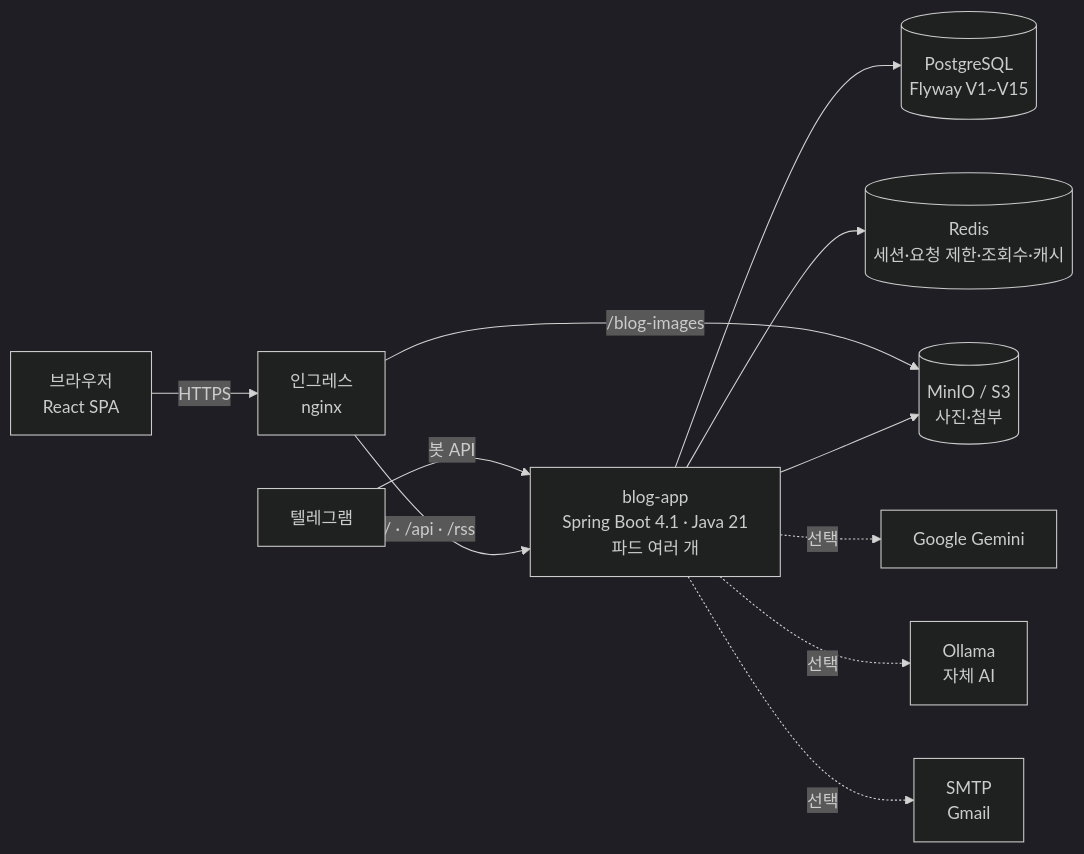
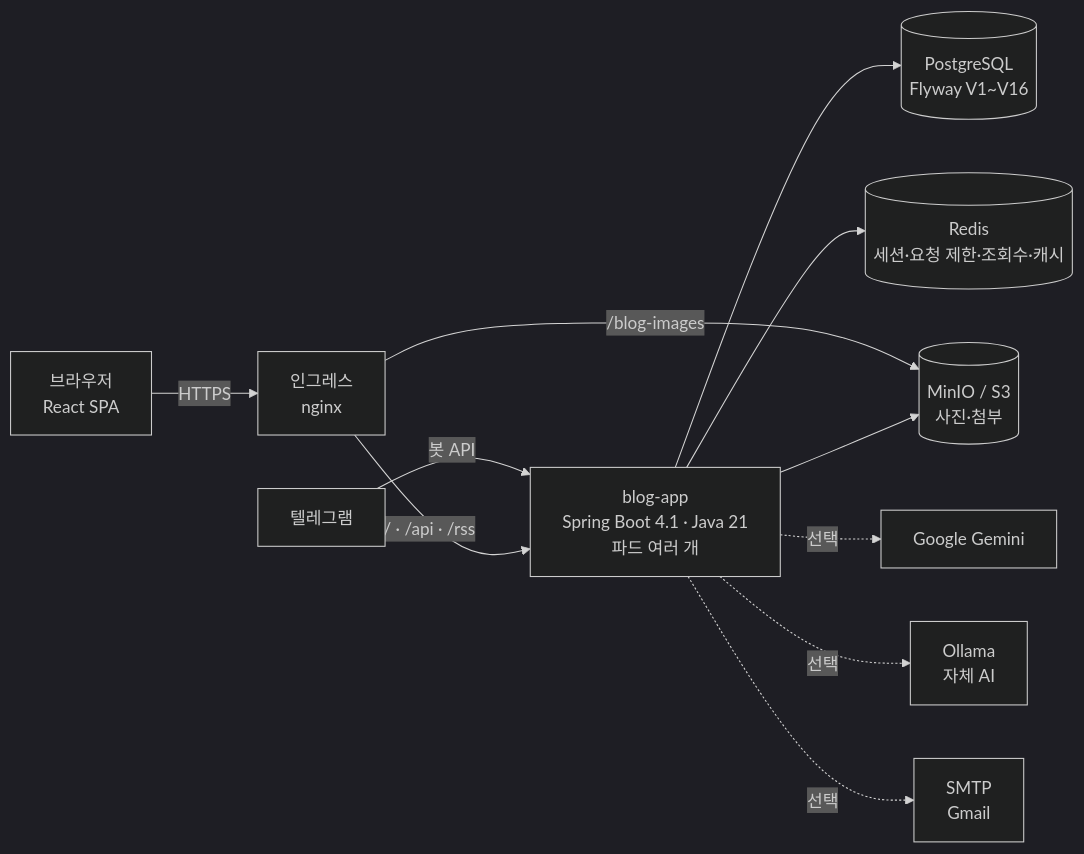
Before and after one commit to AIGJ-01-002-blog/.github: the first of 3 diagrams in profile/README.md, drawn with Mermaid (dark theme). The commit also changed other lines of this file, not shown here.

````diff
--- a/profile/README.md
+++ b/profile/README.md
@@ -145,13 +145,13 @@
 ```mermaid
 flowchart LR
     B[브라우저<br/>React SPA] -->|HTTPS| I[인그레스<br/>nginx]
     T[텔레그램] -->|봇 API| A
     I -->|/ · /api · /rss| A[blog-app<br/>Spring Boot 4.1 · Java 21<br/>파드 여러 개]
     I -->|/blog-images| M[(MinIO / S3<br/>사진·첨부)]
-    A --> P[(PostgreSQL<br/>Flyway V1~V15)]
+    A --> P[(PostgreSQL<br/>Flyway V1~V16)]
     A --> R[(Redis<br/>세션·요청 제한·조회수·캐시)]
     A --> M
     A -.선택.-> G[Google Gemini]
     A -.선택.-> O[Ollama<br/>자체 AI]
     A -.선택.-> S[SMTP<br/>Gmail]
 ```
````
